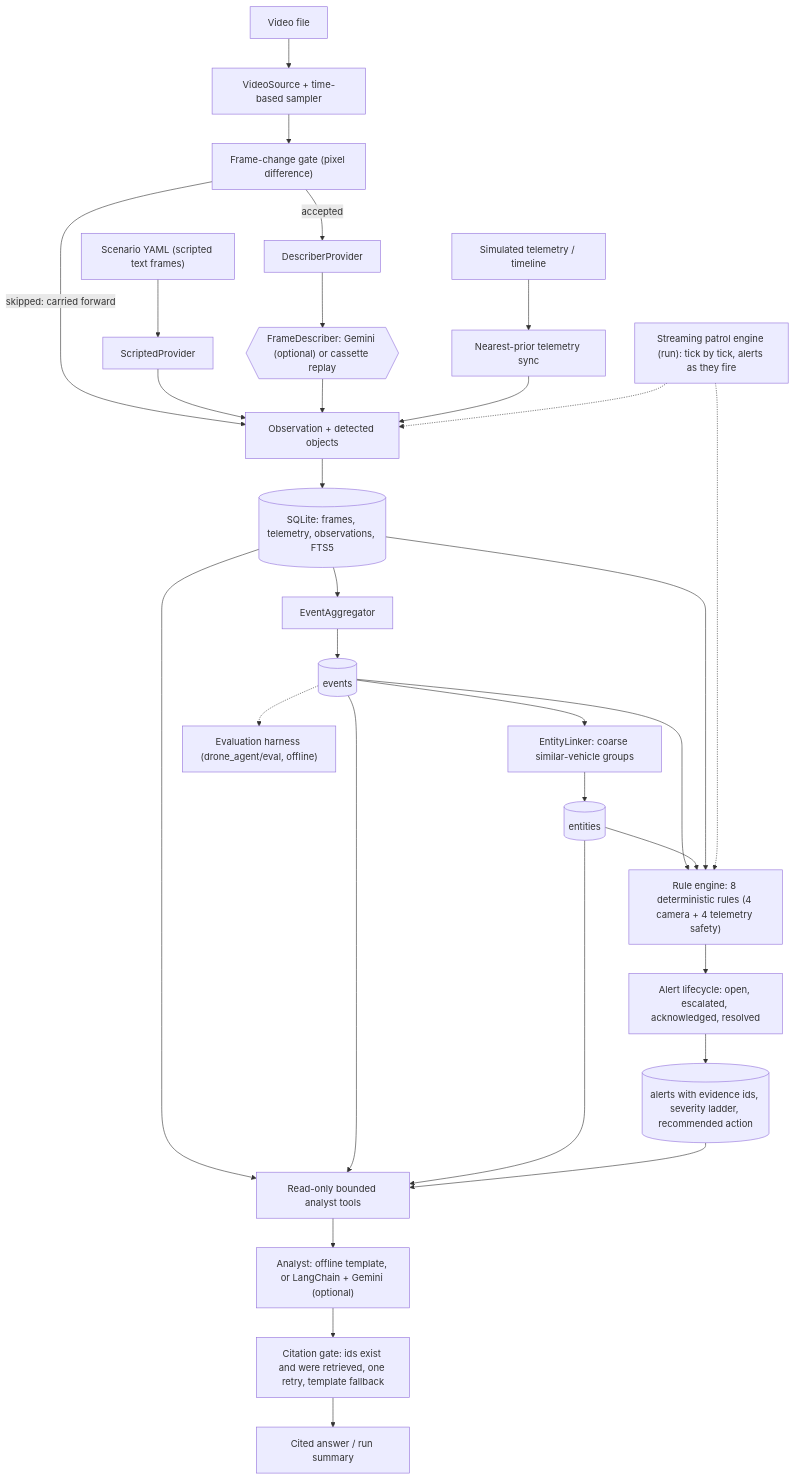
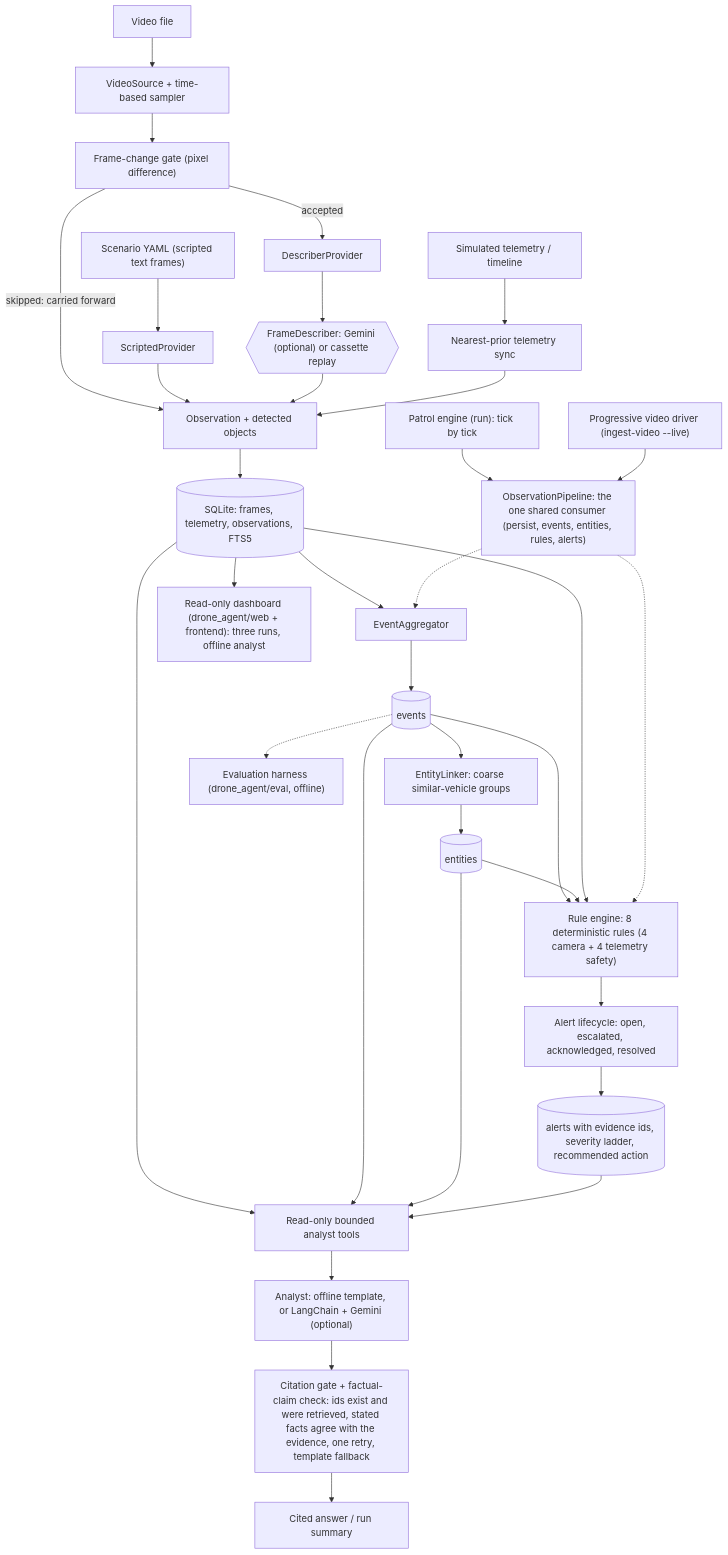
Before and after one commit to Abdulbasith0512/drone-security-agent: the diagram in docs/architecture.md, drawn with Mermaid. The commit also changed other lines of this file and 21 other files, not shown here.

````diff
--- a/docs/architecture.md
+++ b/docs/architecture.md
@@ -10,33 +10,36 @@
 ```mermaid
 flowchart TD
     SC["Scenario YAML (scripted text frames)"] --> SP["ScriptedProvider"]
     VD["Video file"] --> VS["VideoSource + time-based sampler"]
     VS --> GT["Frame-change gate (pixel difference)"]
     GT -->|accepted| DP["DescriberProvider"]
     DP --> FD{{"FrameDescriber: Gemini (optional) or cassette replay"}}
     GT -->|"skipped: carried forward"| OB
     TL["Simulated telemetry / timeline"] --> SY["Nearest-prior telemetry sync"]
     SP --> OB["Observation + detected objects"]
     FD --> OB
     SY --> OB
     OB --> DB[("SQLite: frames, telemetry, observations, FTS5")]
     DB --> AG["EventAggregator"]
     AG --> EV[("events")]
     EV --> EL["EntityLinker: coarse similar-vehicle groups"]
     EL --> EN[("entities")]
     EV --> RE["Rule engine: 8 deterministic rules (4 camera + 4 telemetry safety)"]
     EN --> RE
     DB --> RE
     RE --> LC["Alert lifecycle: open, escalated, acknowledged, resolved"]
     LC --> AL[("alerts with evidence ids, severity ladder, recommended action")]
-    RT["Streaming patrol engine (run): tick by tick, alerts as they fire"] -.-> OB
-    RT -.-> RE
+    RT["Patrol engine (run): tick by tick"] --> PC
+    VL["Progressive video driver (ingest-video --live)"] --> PC
+    PC["ObservationPipeline: the one shared consumer (persist, events, entities, rules, alerts)"] -.-> AG
+    PC -.-> RE
     DB --> TO["Read-only bounded analyst tools"]
     EV --> TO
     EN --> TO
     AL --> TO
     TO --> AN["Analyst: offline template, or LangChain + Gemini (optional)"]
-    AN --> CG["Citation gate: ids exist and were retrieved, one retry, template fallback"]
+    AN --> CG["Citation gate + factual-claim check: ids exist and were retrieved, stated facts agree with the evidence, one retry, template fallback"]
     CG --> ANS["Cited answer / run summary"]
+    DB --> DASH["Read-only dashboard (drone_agent/web + frontend): three runs, offline analyst"]
     EV -.-> EVAL["Evaluation harness (drone_agent/eval, offline)"]
 ```
````
